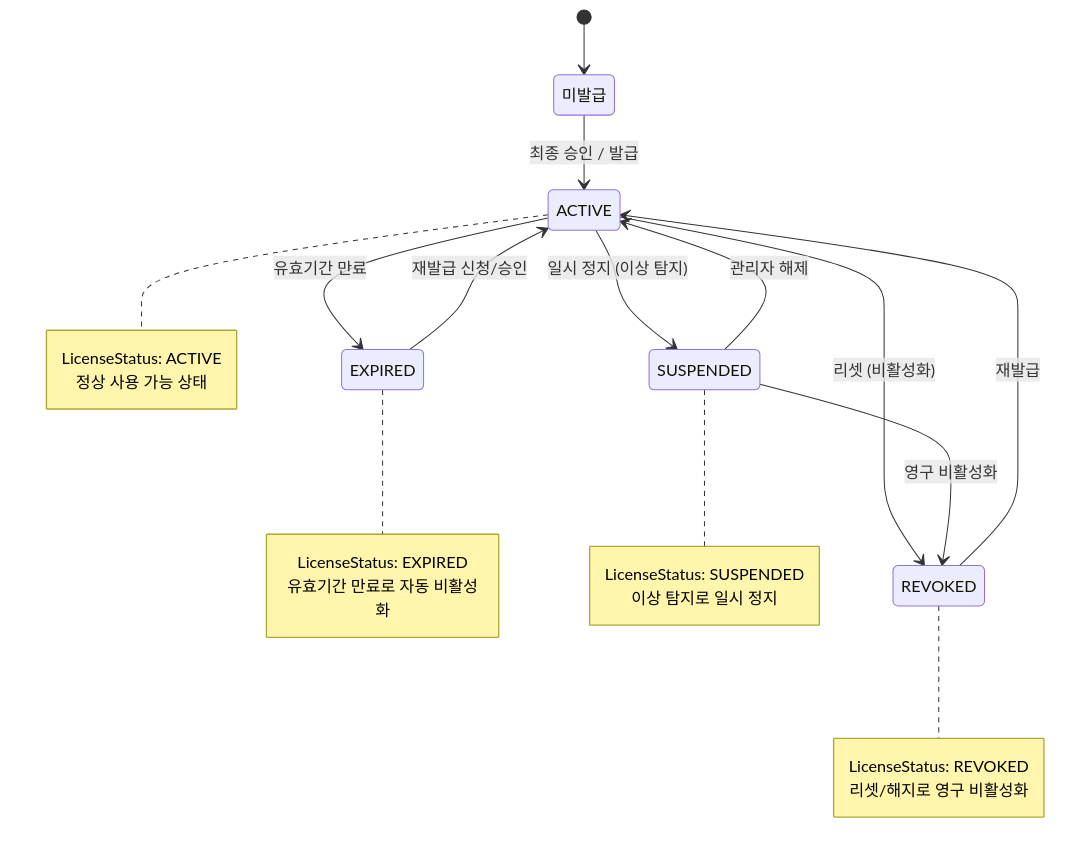
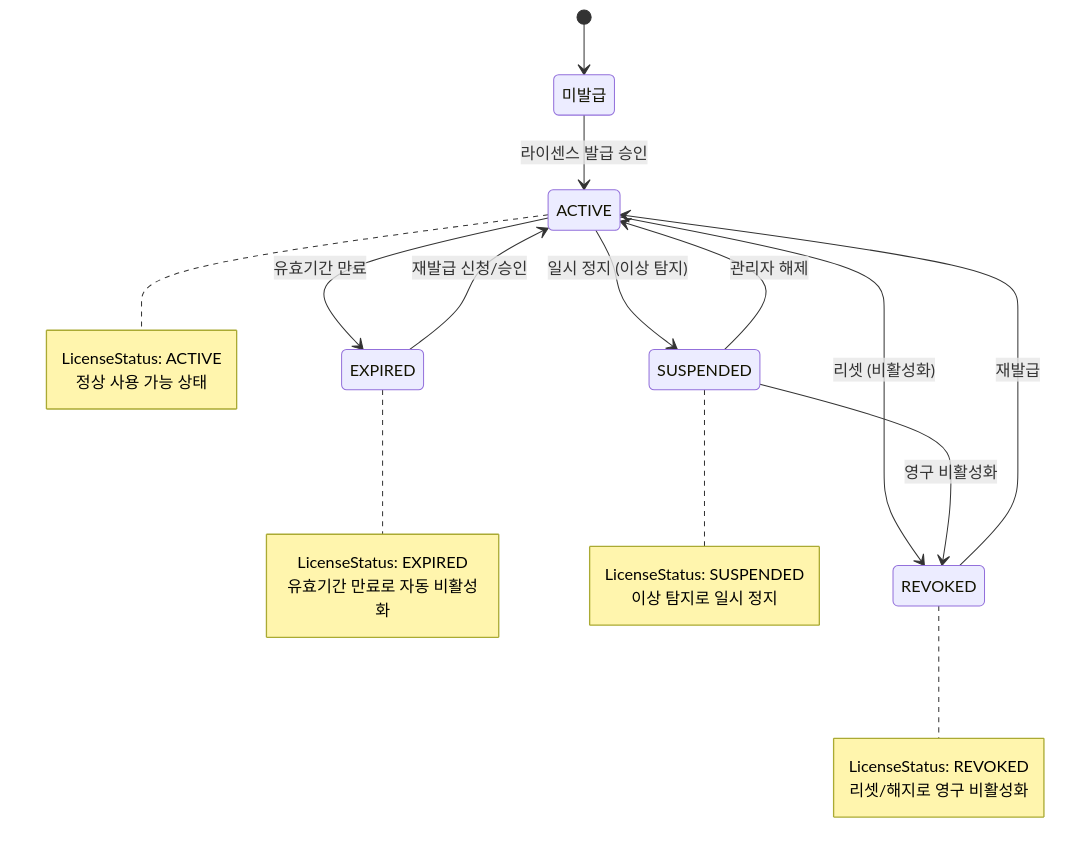
Before and after one commit to nuriguri1228/codehub-manage-aitool: the third of 3 diagrams in docs/02_요구사항_정의서.md, drawn with Mermaid. The commit also changed other lines of this file and 10 other files, not shown here.

First line of the commit message:
Implement LICENSE_ISSUANCE feature and update all docs to new review flow

````diff
--- a/docs/02_요구사항_정의서.md
+++ b/docs/02_요구사항_정의서.md
@@ -680,33 +675,33 @@
 ```mermaid
 stateDiagram-v2
     [*] --> 미발급
-    미발급 --> ACTIVE : 최종 승인 / 발급
+    미발급 --> ACTIVE : 라이센스 발급 승인
     ACTIVE --> EXPIRED : 유효기간 만료
     ACTIVE --> REVOKED : 리셋 (비활성화)
     ACTIVE --> SUSPENDED : 일시 정지 (이상 탐지)
 
     REVOKED --> ACTIVE : 재발급
     EXPIRED --> ACTIVE : 재발급 신청/승인
     SUSPENDED --> ACTIVE : 관리자 해제
     SUSPENDED --> REVOKED : 영구 비활성화
 
     note right of ACTIVE
         LicenseStatus: ACTIVE
         정상 사용 가능 상태
     end note
 
     note right of EXPIRED
         LicenseStatus: EXPIRED
         유효기간 만료로 자동 비활성화
     end note
 
     note right of REVOKED
         LicenseStatus: REVOKED
         리셋/해지로 영구 비활성화
     end note
 
     note right of SUSPENDED
         LicenseStatus: SUSPENDED
         이상 탐지로 일시 정지
     end note
 ```
````
